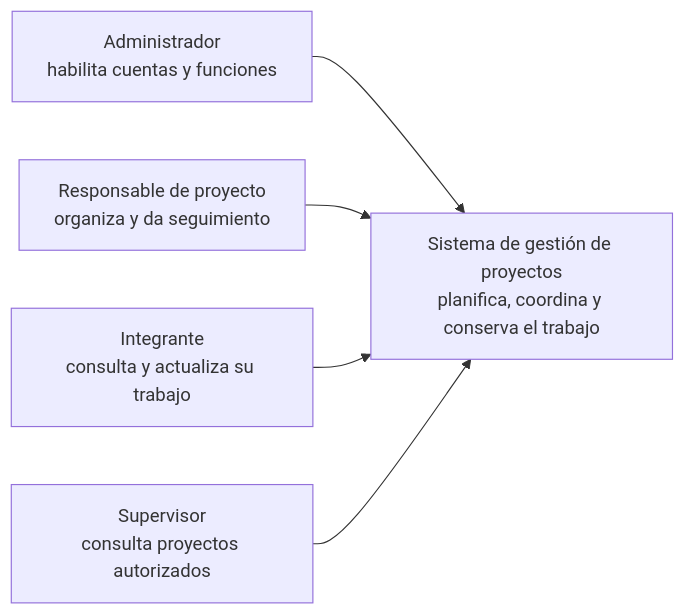
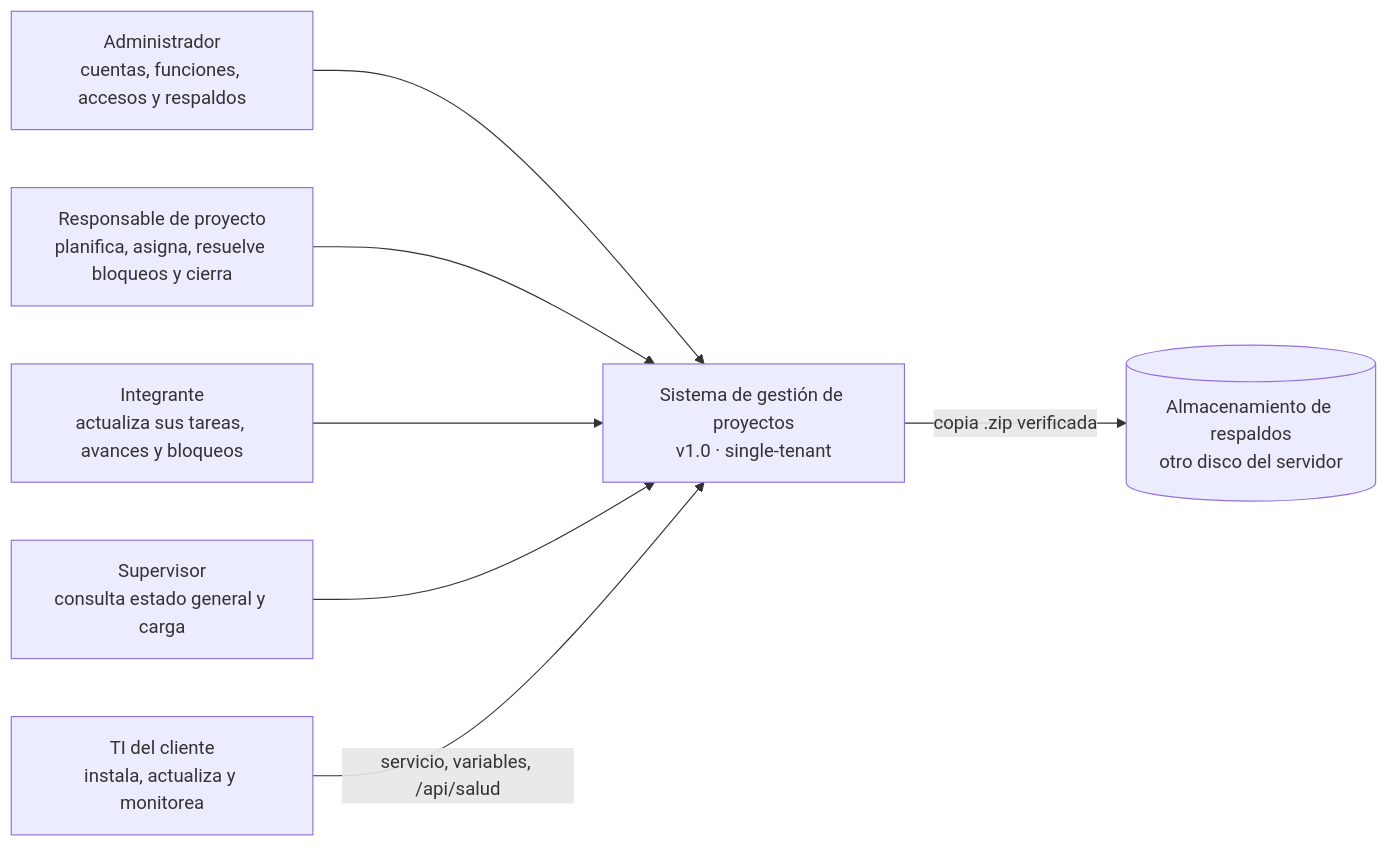
Before and after one commit to FabianReyna17/ProjectManagement: the first of 7 diagrams in docs/Arquitectura_Gestion_Proyectos.md, drawn with Mermaid. The commit also changed other lines of this file and 14 other files, not shown here.

````diff
--- a/docs/Arquitectura_Gestion_Proyectos.md
+++ b/docs/Arquitectura_Gestion_Proyectos.md
@@ -85,7 +17,16 @@
 ```mermaid
 flowchart LR
-    administrador["Administrador<br/>habilita cuentas y funciones"] --> sistema["Sistema de gestión de proyectos<br/>planifica, coordina y conserva el trabajo"]
-    responsable["Responsable de proyecto<br/>organiza y da seguimiento"] --> sistema
-    integrante["Integrante<br/>consulta y actualiza su trabajo"] --> sistema
-    supervisor["Supervisor<br/>consulta proyectos autorizados"] --> sistema
+    admin["Administrador<br/>cuentas, funciones, accesos y respaldos"]
+    resp["Responsable de proyecto<br/>planifica, asigna, resuelve bloqueos y cierra"]
+    integ["Integrante<br/>actualiza sus tareas, avances y bloqueos"]
+    sup["Supervisor<br/>consulta estado general y carga"]
+    sistema["Sistema de gestión de proyectos<br/>v1.0 · single-tenant"]
+    disco[("Almacenamiento de respaldos<br/>otro disco del servidor")]
+    ti["TI del cliente<br/>instala, actualiza y monitorea"]
+    admin --> sistema
+    resp --> sistema
+    integ --> sistema
+    sup --> sistema
+    sistema -->|"copia .zip verificada"| disco
+    ti -->|"servicio, variables, /api/salud"| sistema
 ```
````
